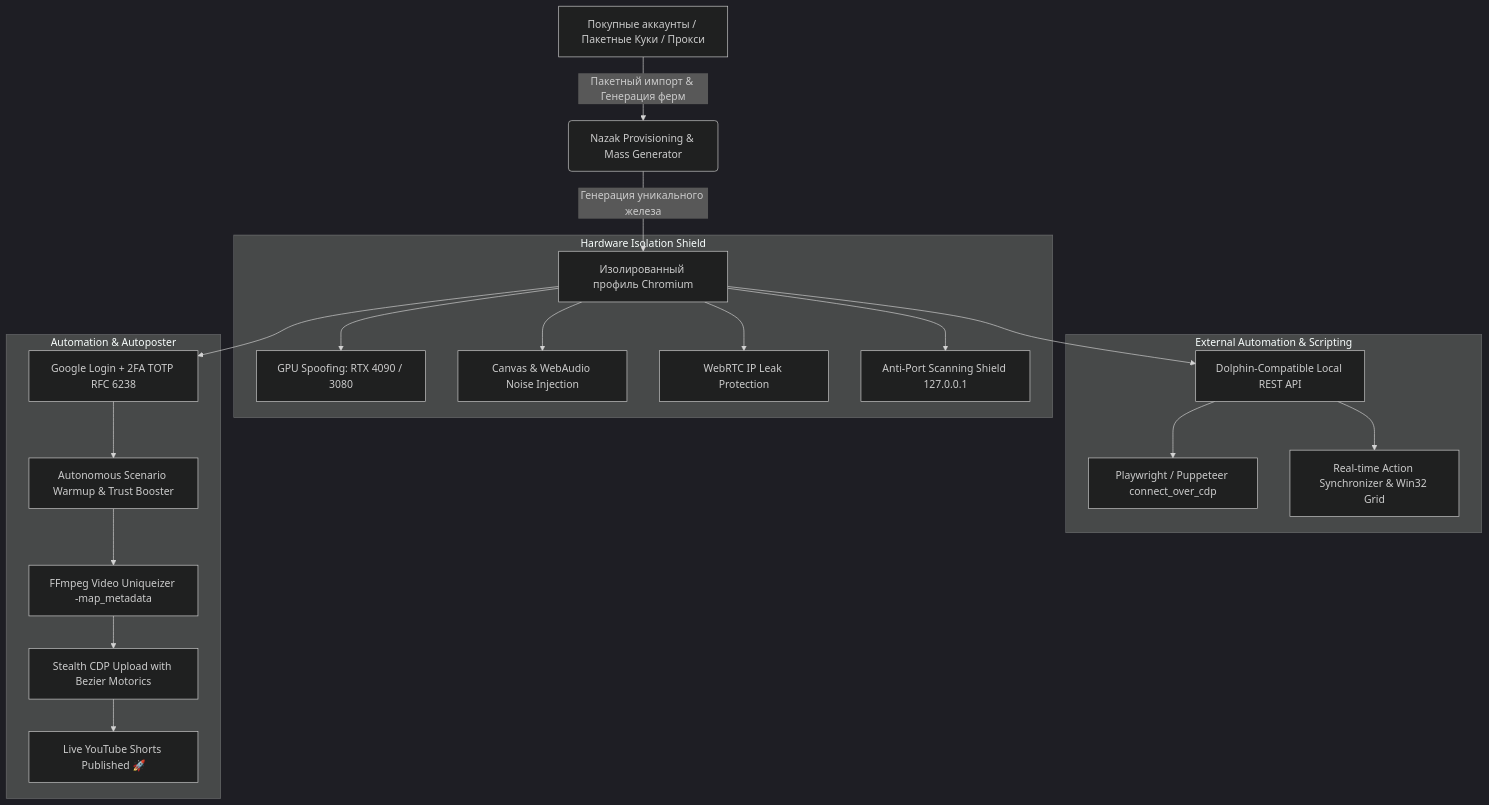
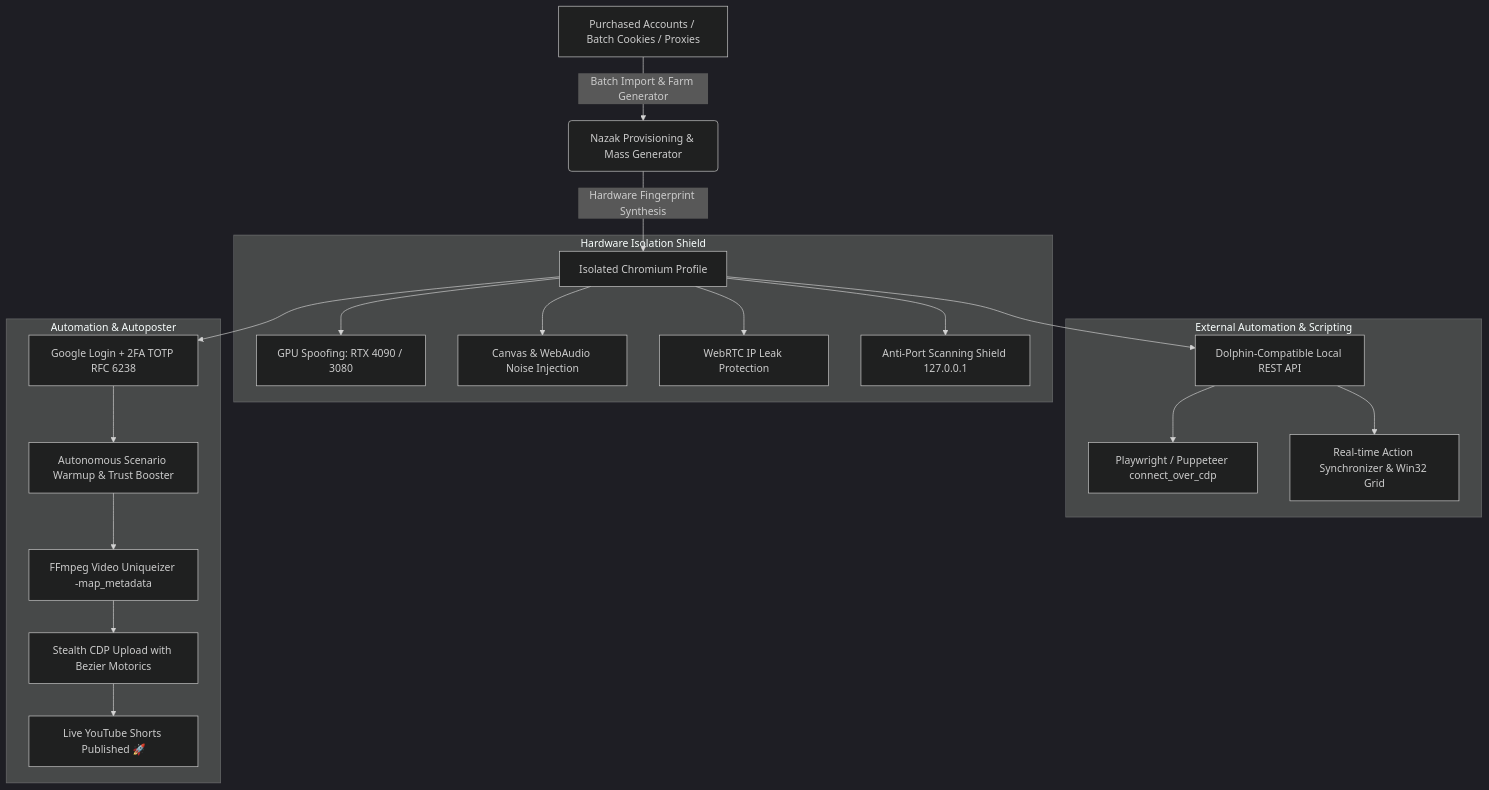
Before and after one commit to wwewtech/nazak-browser-studio: the diagram in README.md, drawn with Mermaid (dark theme). The commit also changed other lines of this file and 29 other files, not shown here.

````diff
--- a/README.md
+++ b/README.md
@@ -52,26 +36,26 @@
 ```mermaid
 flowchart TD
-    A[Покупные аккаунты / Пакетные Куки / Прокси] -->|Пакетный импорт & Генерация ферм| B(Nazak Provisioning & Mass Generator)
-    B -->|Генерация уникального железа| C[Изолированный профиль Chromium]
-    
+    A[Purchased Accounts / Batch Cookies / Proxies] -->|Batch Import & Farm Generator| B(Nazak Provisioning & Mass Generator)
+    B -->|Hardware Fingerprint Synthesis| C[Isolated Chromium Profile]
+
     subgraph Hardware Isolation Shield
         C --> D1[GPU Spoofing: RTX 4090 / 3080]
         C --> D2[Canvas & WebAudio Noise Injection]
         C --> D3[WebRTC IP Leak Protection]
         C --> D4[Anti-Port Scanning Shield 127.0.0.1]
     end
 
     subgraph External Automation & Scripting
         C --> F1[Dolphin-Compatible Local REST API]
         F1 --> F2[Playwright / Puppeteer connect_over_cdp]
         F1 --> F3[Real-time Action Synchronizer & Win32 Grid]
     end
-    
+
     subgraph Automation & Autoposter
         C --> E1[Google Login + 2FA TOTP RFC 6238]
         E1 --> E2[Autonomous Scenario Warmup & Trust Booster]
         E2 --> E3[FFmpeg Video Uniqueizer -map_metadata]
         E3 --> E4[Stealth CDP Upload with Bezier Motorics]
         E4 --> E5[Live YouTube Shorts Published 🚀]
     end
 ```
````
